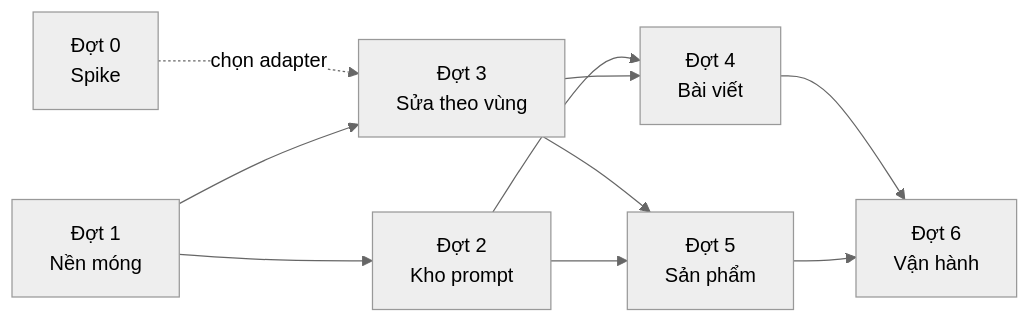
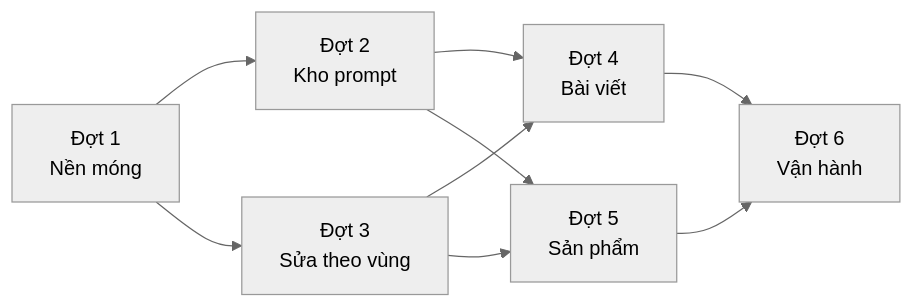
One commit to dajtvoxdev/newscms changed the diagram in docs/ai/planning/2026-09-29-feature-ai-image-studio.md. Above: the diagram before and after it, drawn with Mermaid (neutral theme). The commit also changed other lines of this file and 2 other files, not shown here.

First line of the commit message:
docs(imagestudio): bỏ Đợt 0, model do admin cấu hình người dùng chọn, ảnh demo cho mẫu prompt

````diff
--- a/docs/ai/planning/2026-09-29-feature-ai-image-studio.md
+++ b/docs/ai/planning/2026-09-29-feature-ai-image-studio.md
@@ -168,12 +157,11 @@
 ```mermaid
 graph LR
-  D0["Đợt 0<br/>Spike"] -.->|chọn adapter| D3
   D1["Đợt 1<br/>Nền móng"] --> D2["Đợt 2<br/>Kho prompt"]
   D1 --> D3["Đợt 3<br/>Sửa theo vùng"]
   D2 --> D4["Đợt 4<br/>Bài viết"]
   D3 --> D4
   D3 --> D5["Đợt 5<br/>Sản phẩm"]
   D2 --> D5
   D4 --> D6["Đợt 6<br/>Vận hành"]
   D5 --> D6
 ```
````
